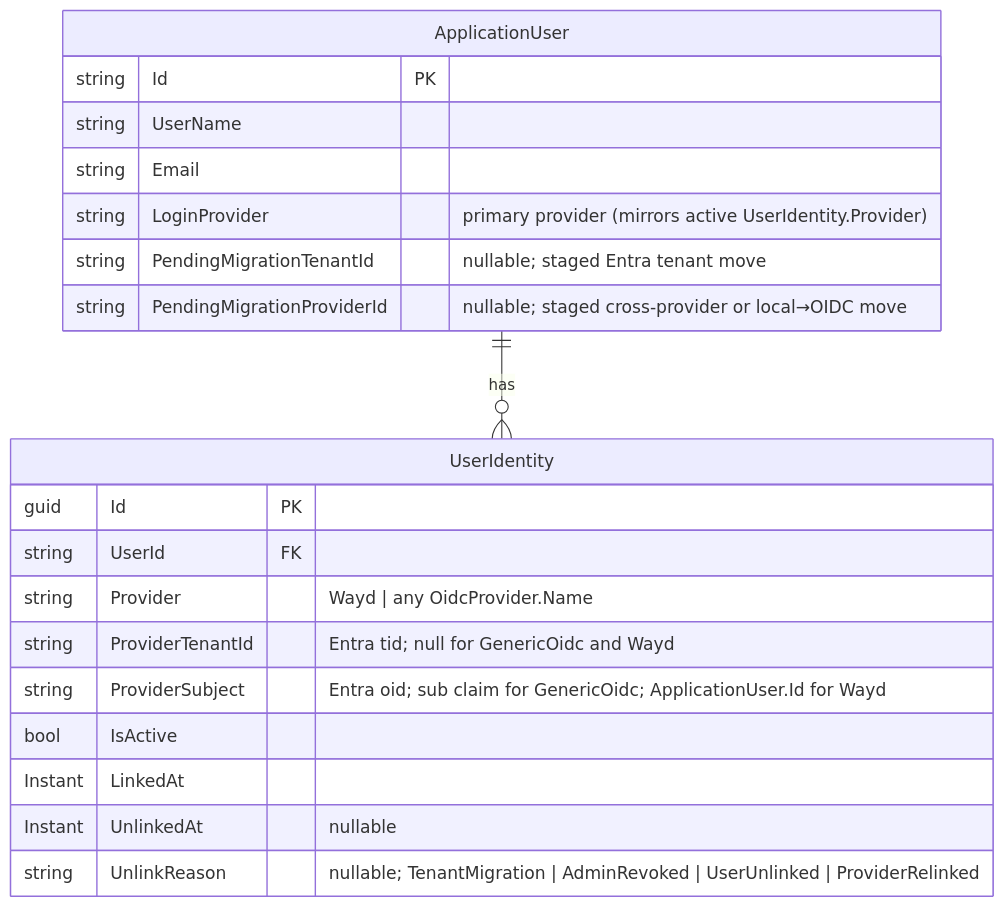
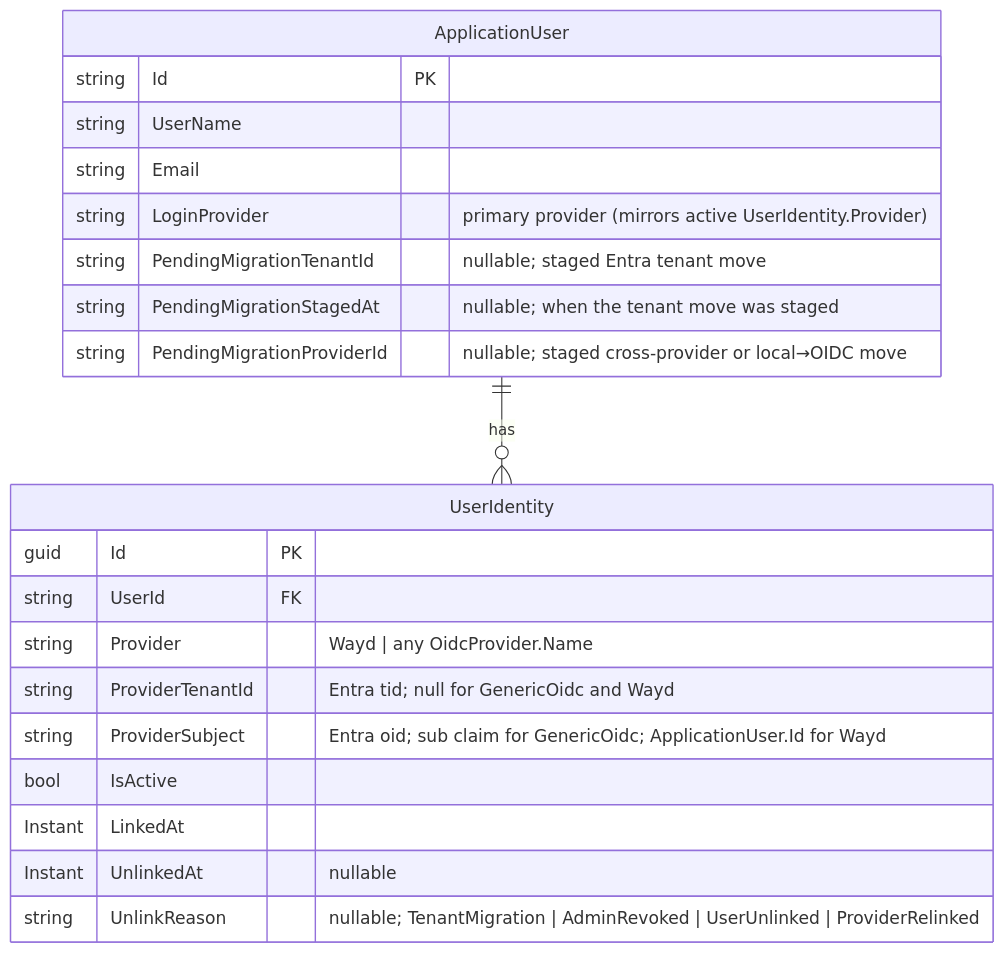
Before and after one commit to destacey/Wayd: the second of 2 diagrams in docs/contributing/configuration.mdx, drawn with Mermaid. The commit also changed other lines of this file and 1 other file, not shown here.

First line of the commit message:
Update docs for bulk Entra tenant migration workflow

````diff
--- a/docs/contributing/configuration.mdx
+++ b/docs/contributing/configuration.mdx
@@ -203,23 +203,24 @@
 ```mermaid
 erDiagram
     ApplicationUser ||--o{ UserIdentity : has
     ApplicationUser {
         string Id PK
         string UserName
         string Email
         string LoginProvider "primary provider (mirrors active UserIdentity.Provider)"
         string PendingMigrationTenantId "nullable; staged Entra tenant move"
+        string PendingMigrationStagedAt "nullable; when the tenant move was staged"
         string PendingMigrationProviderId "nullable; staged cross-provider or local→OIDC move"
     }
     UserIdentity {
         guid Id PK
         string UserId FK
         string Provider "Wayd | any OidcProvider.Name"
         string ProviderTenantId "Entra tid; null for GenericOidc and Wayd"
         string ProviderSubject "Entra oid; sub claim for GenericOidc; ApplicationUser.Id for Wayd"
         bool IsActive
         Instant LinkedAt
         Instant UnlinkedAt "nullable"
         string UnlinkReason "nullable; TenantMigration | AdminRevoked | UserUnlinked | ProviderRelinked"
     }
 ```
````
